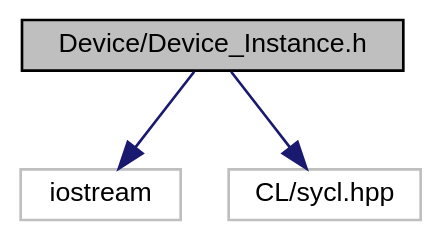
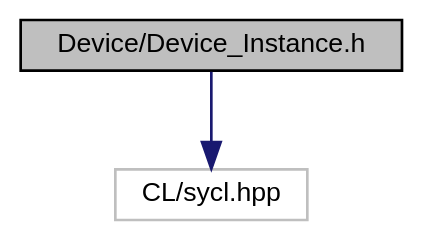
Before and after one commit to OsmanAEG/PySYCL: the diagram in docs/PySYCL_doxygen_html/_device___instance_8h__incl.dot, drawn with Graphviz. The commit also changed 169 other files, not shown here.

```diff
--- a/docs/PySYCL_doxygen_html/_device___instance_8h__incl.dot
+++ b/docs/PySYCL_doxygen_html/_device___instance_8h__incl.dot
@@ -1,13 +1,11 @@
 digraph "Device/Device_Instance.h"
 {
  // INTERACTIVE_SVG=YES
  // LATEX_PDF_SIZE
   bgcolor="transparent";
   edge [fontname="Helvetica",fontsize="10",labelfontname="Helvetica",labelfontsize="10"];
   node [fontname="Helvetica",fontsize="10",shape=record];
   Node1 [label="Device/Device_Instance.h",height=0.2,width=0.4,color="black", fillcolor="grey75", style="filled", fontcolor="black",tooltip="Device instance for device selection in PySYCL."];
   Node1 -> Node2 [color="midnightblue",fontsize="10",style="solid",fontname="Helvetica"];
-  Node2 [label="iostream",height=0.2,width=0.4,color="grey75",tooltip=" "];
-  Node1 -> Node3 [color="midnightblue",fontsize="10",style="solid",fontname="Helvetica"];
-  Node3 [label="CL/sycl.hpp",height=0.2,width=0.4,color="grey75",tooltip=" "];
+  Node2 [label="CL/sycl.hpp",height=0.2,width=0.4,color="grey75",tooltip=" "];
 }
```
